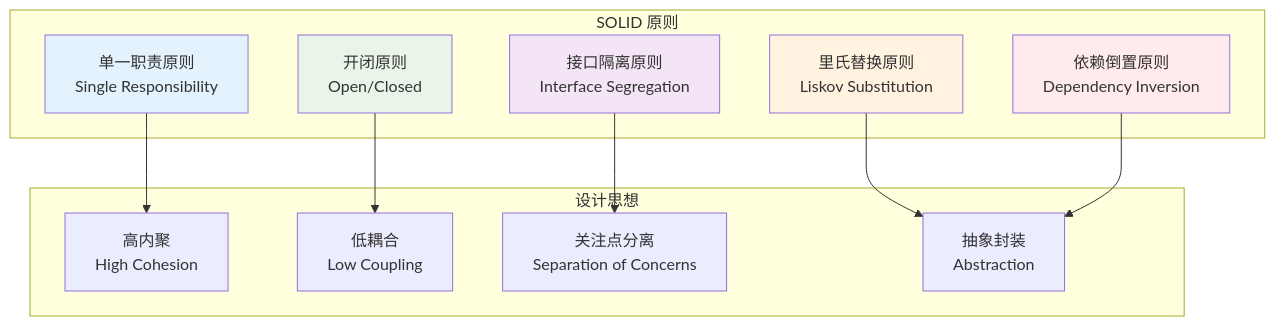
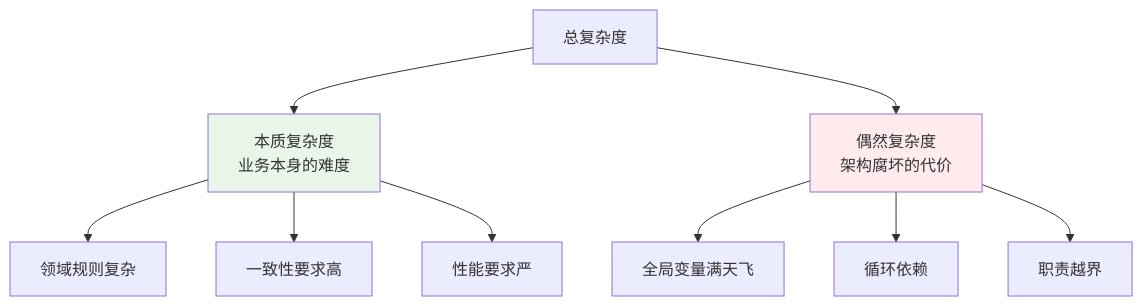
One commit to chongyang211/YCBookBlog changed the second of 17 diagrams in 00.通用技术的提升/07.方案设计思想/卷一-架构与组件/01.通用架构设计方案.md. Above: the diagram before and after it, drawn with Mermaid. The commit also changed other lines of this file and 5 other files, not shown here.

````diff
--- a/00.通用技术的提升/07.方案设计思想/卷一-架构与组件/01.通用架构设计方案.md
+++ b/00.通用技术的提升/07.方案设计思想/卷一-架构与组件/01.通用架构设计方案.md
@@ -170,29 +92,16 @@
 ```mermaid
-graph TB
-    subgraph "SOLID 原则"
-        S[单一职责原则<br/>Single Responsibility]
-        O[开闭原则<br/>Open/Closed]
-        L[里氏替换原则<br/>Liskov Substitution]
-        I[接口隔离原则<br/>Interface Segregation]
-        D[依赖倒置原则<br/>Dependency Inversion]
-    end
+graph TD
+    A[总复杂度] --> B[本质复杂度<br/>业务本身的难度]
+    A --> C[偶然复杂度<br/>架构腐坏的代价]
     
-    subgraph "设计思想"
-        A[高内聚<br/>High Cohesion]
-        B[低耦合<br/>Low Coupling]
-        C[关注点分离<br/>Separation of Concerns]
-        E[抽象封装<br/>Abstraction]
-    end
+    B --> B1[领域规则复杂]
+    B --> B2[一致性要求高]
+    B --> B3[性能要求严]
     
-    S --> A
-    O --> B
-    L --> E
-    I --> C
-    D --> E
+    C --> C1[全局变量满天飞]
+    C --> C2[循环依赖]
+    C --> C3[职责越界]
     
-    style S fill:#e3f2fd
-    style O fill:#e8f5e8
-    style L fill:#fff3e0
-    style I fill:#f3e5f5
-    style D fill:#ffebee
+    style B fill:#e8f5e8
+    style C fill:#ffebee
 ```
````
